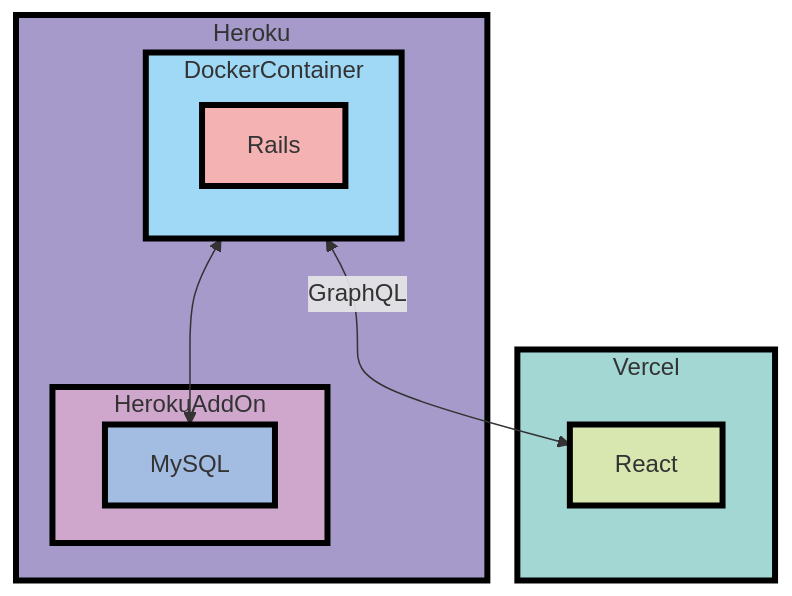
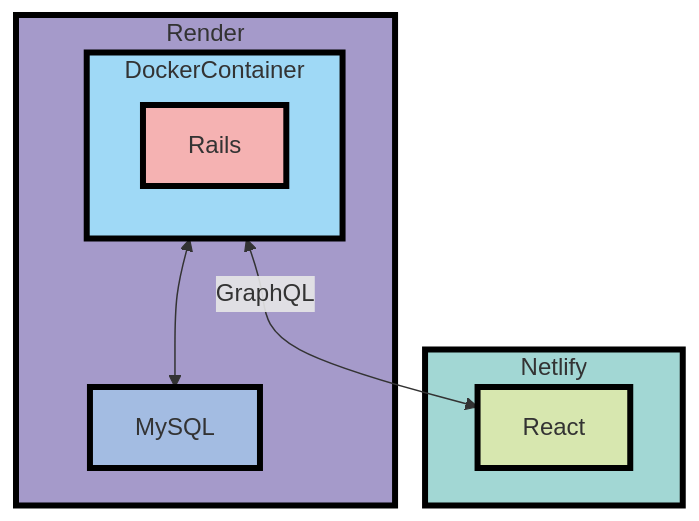
Before and after one commit to yuki-snow1823/diary: the diagram in README.md, drawn with Mermaid. The commit also changed other lines of this file, not shown here.

Commit message:
renderとnetlifyにしたよ

````diff
--- a/README.md
+++ b/README.md
@@ -30,27 +31,23 @@
 ```mermaid
 flowchart TB
     subgraph DockerContainer
         Rails
 
     end
     DockerContainer<-->|GraphQL|React
-    subgraph Heroku
+    subgraph Render
 
 			DockerContainer<-->MySQL
-			subgraph HerokuAddOn
-				MySQL
-			end
     end
-    subgraph Vercel
+    subgraph Netlify
 
     React
     end
 
 		style React fill:#D7E7AF,stroke:#000000,stroke-width:4px
-		style Vercel fill:#A2D7D4,stroke:#000000,stroke-width:4px
+		style Netlify fill:#A2D7D4,stroke:#000000,stroke-width:4px
 		style Rails fill:#F5B2B2,stroke:#000000,stroke-width:4px
-		style Heroku fill:#A59ACA,stroke:#000000,stroke-width:4px
+		style Render fill:#A59ACA,stroke:#000000,stroke-width:4px
 		style DockerContainer fill:#9FD9F6,stroke:#000000,stroke-width:4px
-		style HerokuAddOn fill:#CFA7CD,stroke:#000000,stroke-width:4px
 		style MySQL fill:#A3BCE2,stroke:#000000,stroke-width:4px
 ```
````
